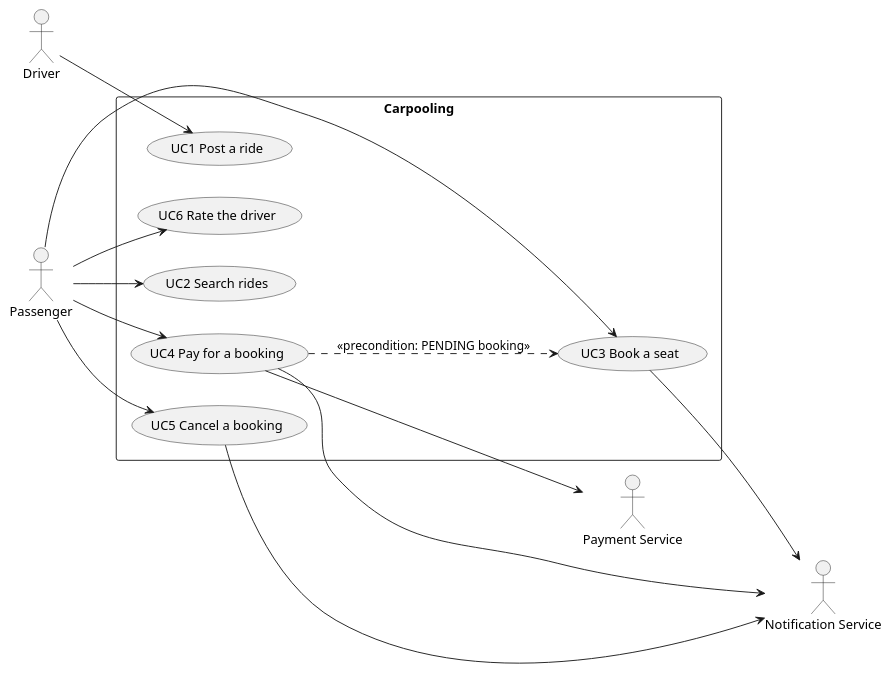
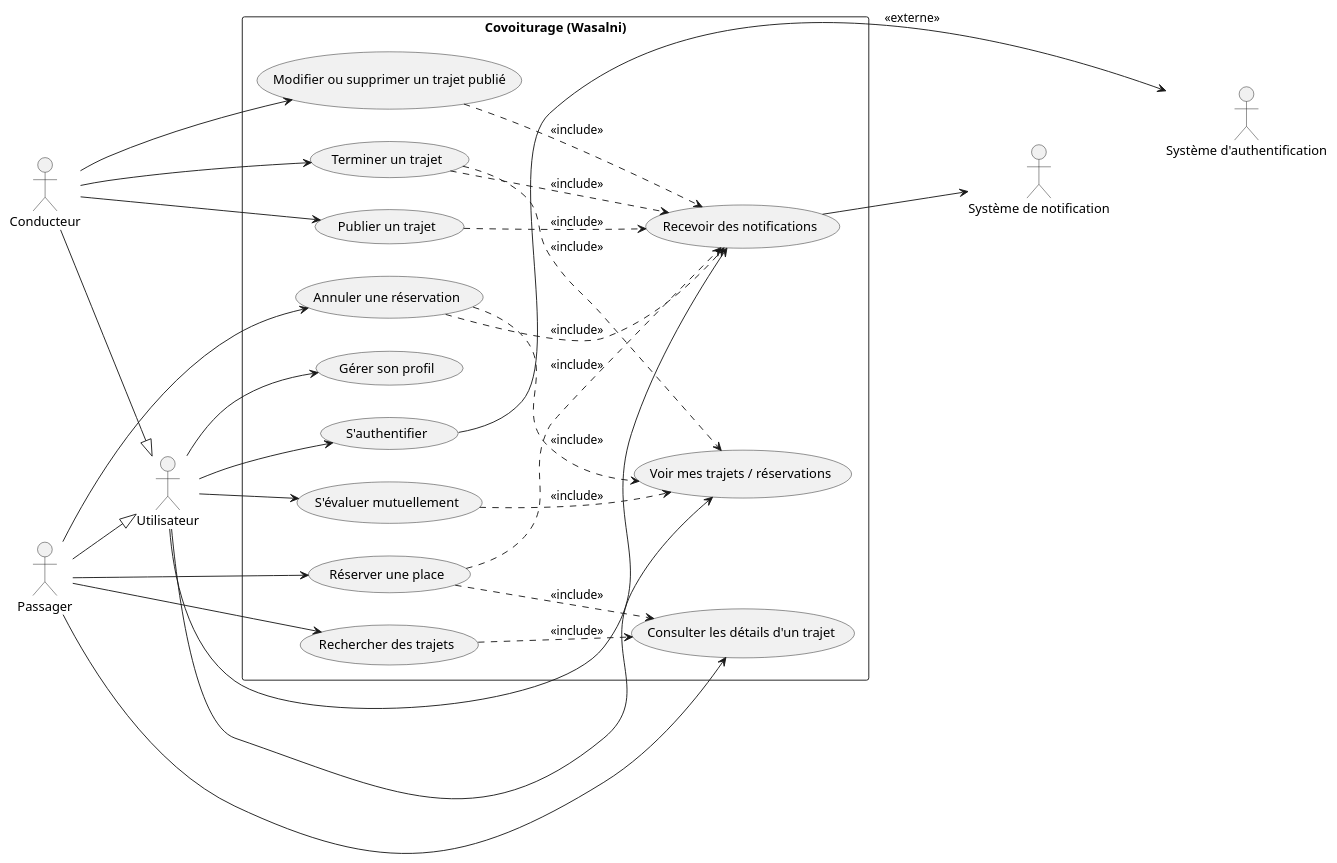
The diagram in docs/uml/usecases.puml (alaa-ilehi/Wasalni), drawn with PlantUML before and after one commit. The commit also changed 4 other files, not shown here.

Commit message:
docs(uc): use case elaboration, diagram and phased plan (#1)

```diff
--- a/docs/uml/usecases.puml
+++ b/docs/uml/usecases.puml
@@ -1,28 +1,56 @@
 @startuml
 left to right direction
-actor Driver
-actor Passenger
-actor "Payment Service" as Pay
-actor "Notification Service" as Notif
 
-rectangle "Carpooling" {
-  usecase "UC1 Post a ride" as UC1
-  usecase "UC2 Search rides" as UC2
-  usecase "UC3 Book a seat" as UC3
-  usecase "UC4 Pay for a booking" as UC4
-  usecase "UC5 Cancel a booking" as UC5
-  usecase "UC6 Rate the driver" as UC6
+actor Utilisateur
+actor Conducteur
+actor Passager
+actor "Système d'authentification" as Auth
+actor "Système de notification" as Notif
+
+Conducteur --|> Utilisateur
+Passager --|> Utilisateur
+
+rectangle "Covoiturage (Wasalni)" {
+  usecase "Publier un trajet" as UC1
+  usecase "Rechercher des trajets" as UC2
+  usecase "Réserver une place" as UC3
+  usecase "Annuler une réservation" as UC5
+  usecase "S'évaluer mutuellement" as UC6
+  usecase "Consulter les détails d'un trajet" as UC7
+  usecase "Gérer son profil" as UC8
+  usecase "Modifier ou supprimer un trajet publié" as UC9
+  usecase "Voir mes trajets / réservations" as UC10
+  usecase "Terminer un trajet" as UC11
+  usecase "Recevoir des notifications" as UC12
+  usecase "S'authentifier" as UC13
 }
 
-Driver --> UC1
-Passenger --> UC2
-Passenger --> UC3
-Passenger --> UC4
-Passenger --> UC5
-Passenger --> UC6
-UC4 --> Pay
-UC3 --> Notif
-UC4 --> Notif
-UC5 --> Notif
-UC4 ..> UC3 : <<precondition: PENDING booking>>
+Conducteur --> UC1
+Conducteur --> UC9
+Conducteur --> UC11
+Passager --> UC2
+Passager --> UC3
+Passager --> UC5
+Passager --> UC7
+Utilisateur --> UC6
+Utilisateur --> UC8
+Utilisateur --> UC10
+Utilisateur --> UC12
+Utilisateur --> UC13
+
+UC2 ..> UC7 : <<include>>
+UC3 ..> UC7 : <<include>>
+UC5 ..> UC10 : <<include>>
+UC6 ..> UC10 : <<include>>
+UC11 ..> UC10 : <<include>>
+
+UC13 --> Auth : <<externe>>
+UC1 ..> UC12 : <<include>>
+UC3 ..> UC12 : <<include>>
+UC5 ..> UC12 : <<include>>
+UC9 ..> UC12 : <<include>>
+UC11 ..> UC12 : <<include>>
+UC12 --> Notif
+
+Auth -[hidden]up-> Notif
 @enduml
```
